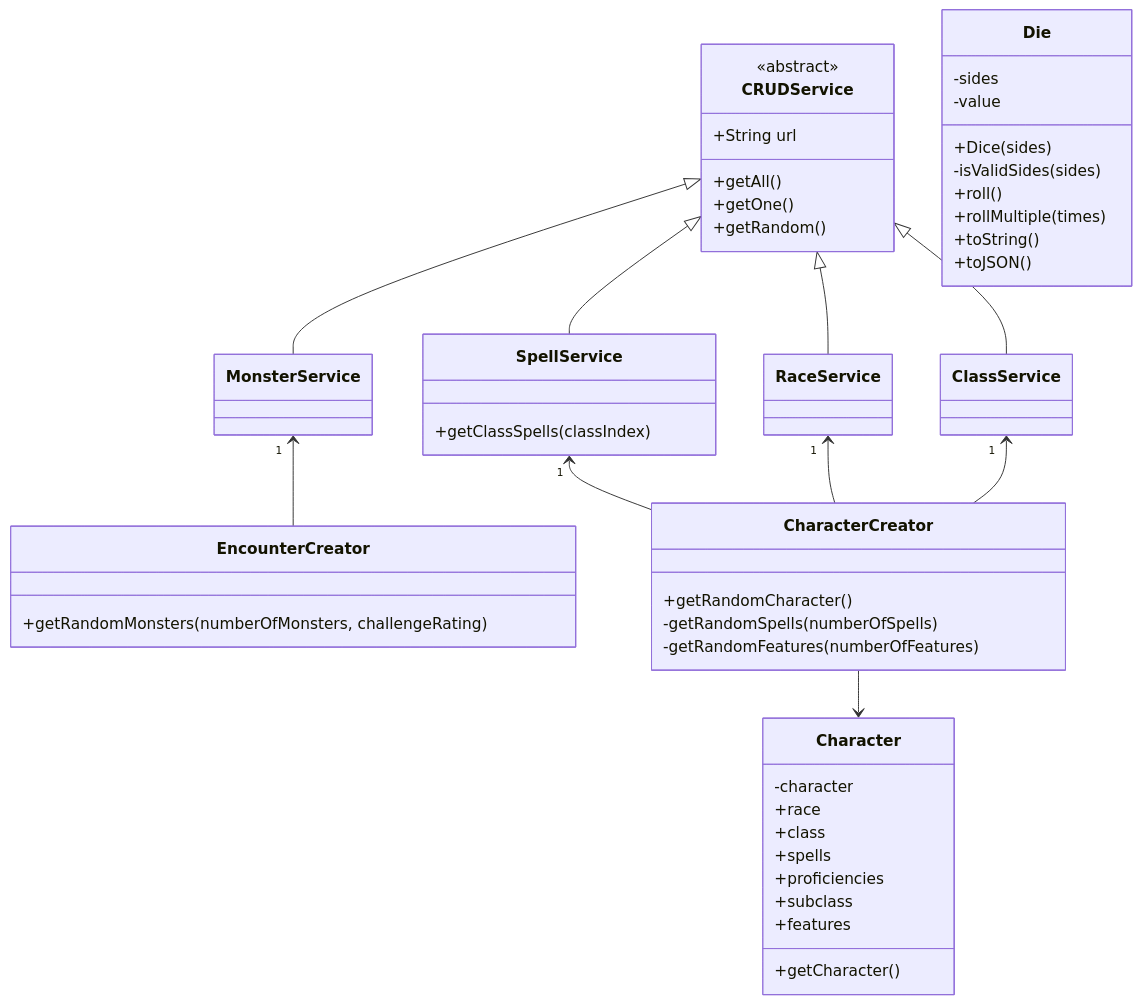
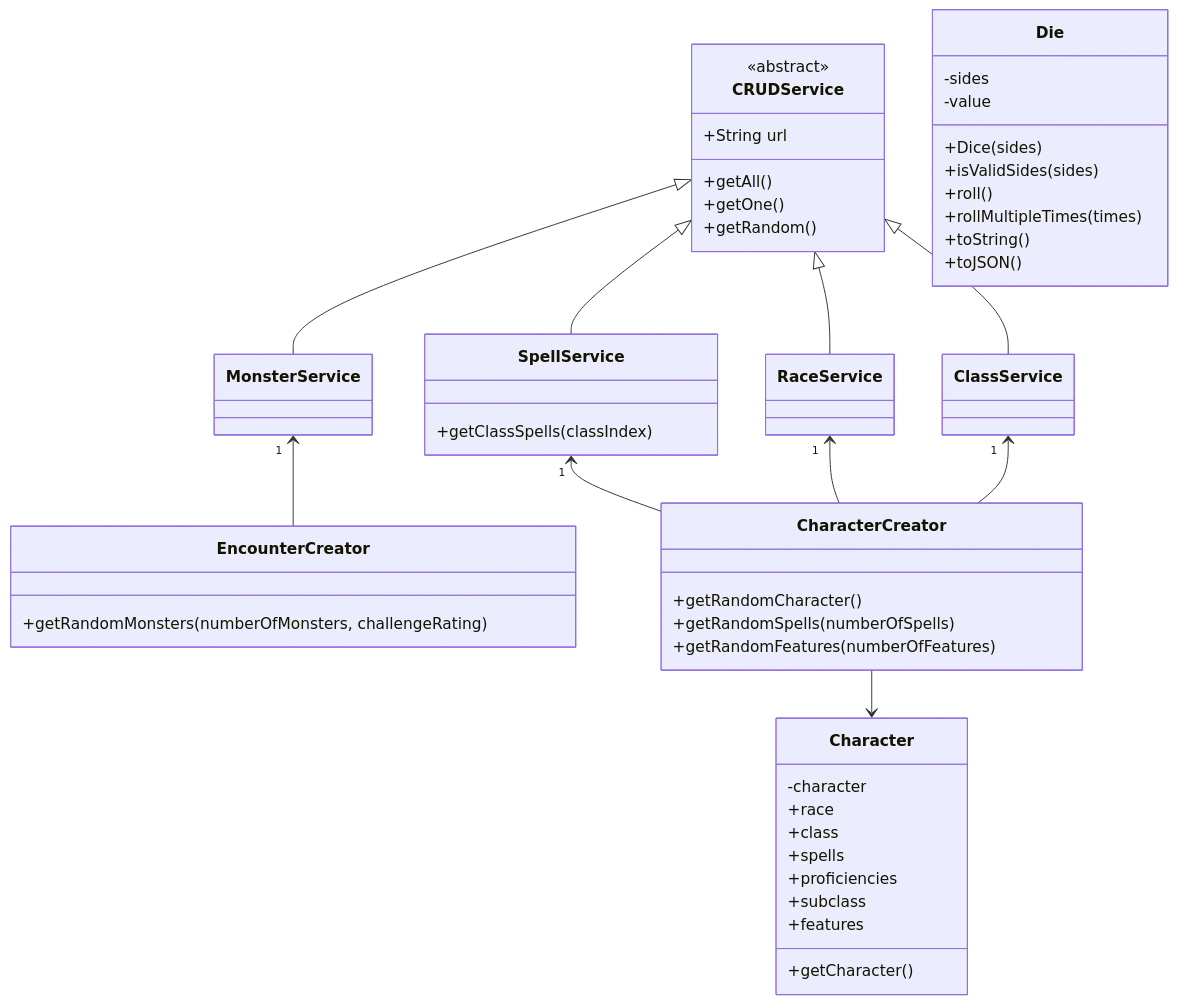
Before and after one commit to wachtelhund/1dv61-_lab2: the diagram in README.md, drawn with Mermaid. The commit also changed other lines of this file and 1 other file, not shown here.

````diff
--- a/README.md
+++ b/README.md
@@ -30,58 +30,58 @@
 ```mermaid
     classDiagram
         CRUDService <|-- MonsterService
         CRUDService <|-- ClassService
         CRUDService <|-- RaceService
         CRUDService <|-- SpellService
 
         MonsterService"1"<--EncounterCreator
         SpellService"1"<--CharacterCreator
         RaceService"1"<--CharacterCreator
         ClassService"1"<--CharacterCreator
         CharacterCreator-->Character
 
 
         class CRUDService{
             <<abstract>>
             +String url
             +getAll()
             +getOne()
             +getRandom()
         }
 
         class Character{
             -character
             +race
             +class
             +spells
             +proficiencies
             +subclass
             +features
             +getCharacter()
         }
 
         class Die{
             -sides
             -value
             +Dice(sides)
-            -isValidSides(sides)
+            +isValidSides(sides)
             +roll()
-            +rollMultiple(times)
+            +rollMultipleTimes(times)
             +toString()
             +toJSON()
         }
 
         class SpellService{
             +getClassSpells(classIndex)
         }
 
         class EncounterCreator{
             +getRandomMonsters(numberOfMonsters, challengeRating)
         }
 
         class CharacterCreator{
             +getRandomCharacter()
-            -getRandomSpells(numberOfSpells)
-            -getRandomFeatures(numberOfFeatures)
+            +getRandomSpells(numberOfSpells)
+            +getRandomFeatures(numberOfFeatures)
         }
 ```
````
